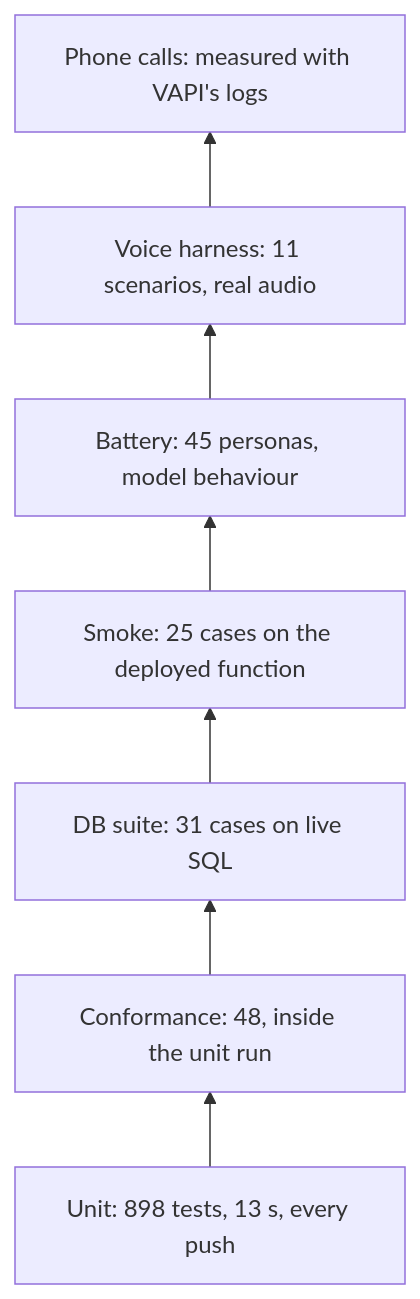
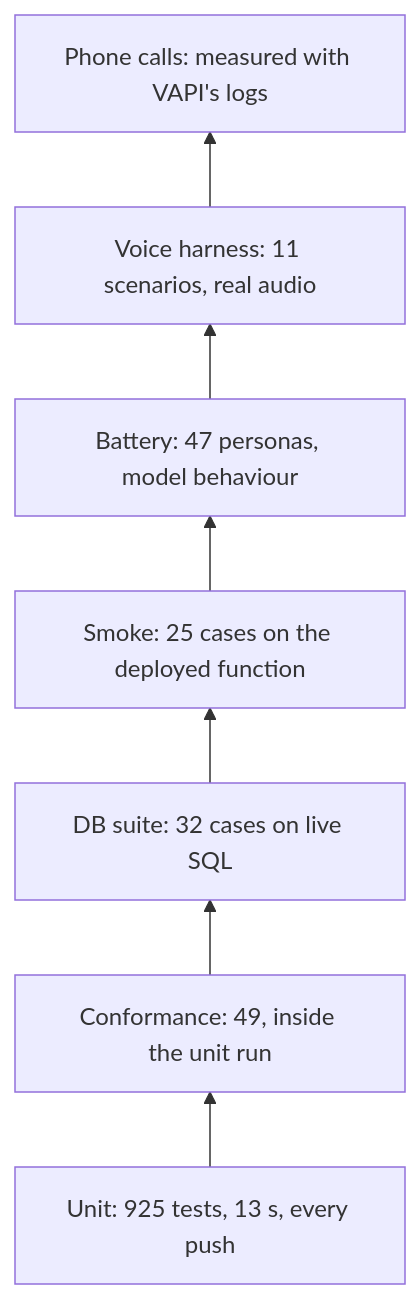
Before and after one commit to mannpandya1702/Claim-Agent: the second of 3 diagrams in docs/reliability.md, drawn with Mermaid. The commit also changed other lines of this file and 49 other files, not shown here.

````diff
--- a/docs/reliability.md
+++ b/docs/reliability.md
@@ -231,9 +231,9 @@
 ```mermaid
 flowchart BT
-    U["Unit: 898 tests, 13 s, every push"] --> K["Conformance: 48, inside the unit run"]
-    K --> D["DB suite: 31 cases on live SQL"]
+    U["Unit: 925 tests, 13 s, every push"] --> K["Conformance: 49, inside the unit run"]
+    K --> D["DB suite: 32 cases on live SQL"]
     D --> S["Smoke: 25 cases on the deployed function"]
-    S --> B["Battery: 45 personas, model behaviour"]
+    S --> B["Battery: 47 personas, model behaviour"]
     B --> V["Voice harness: 11 scenarios, real audio"]
     V --> H["Phone calls: measured with VAPI's logs"]
 ```
````
